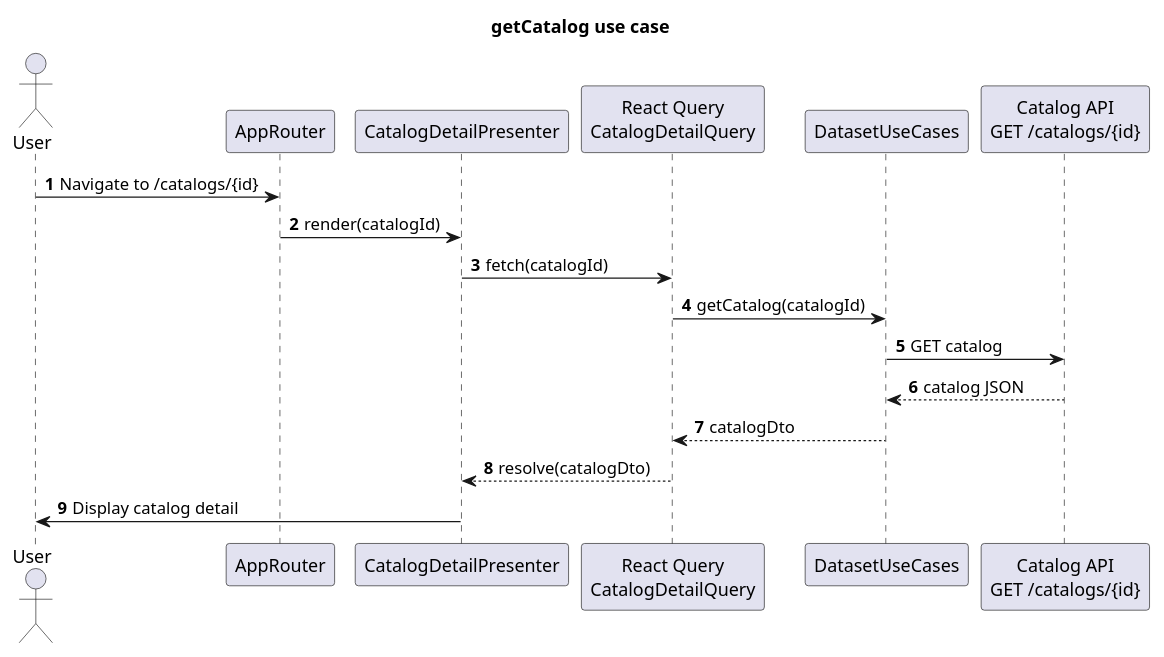
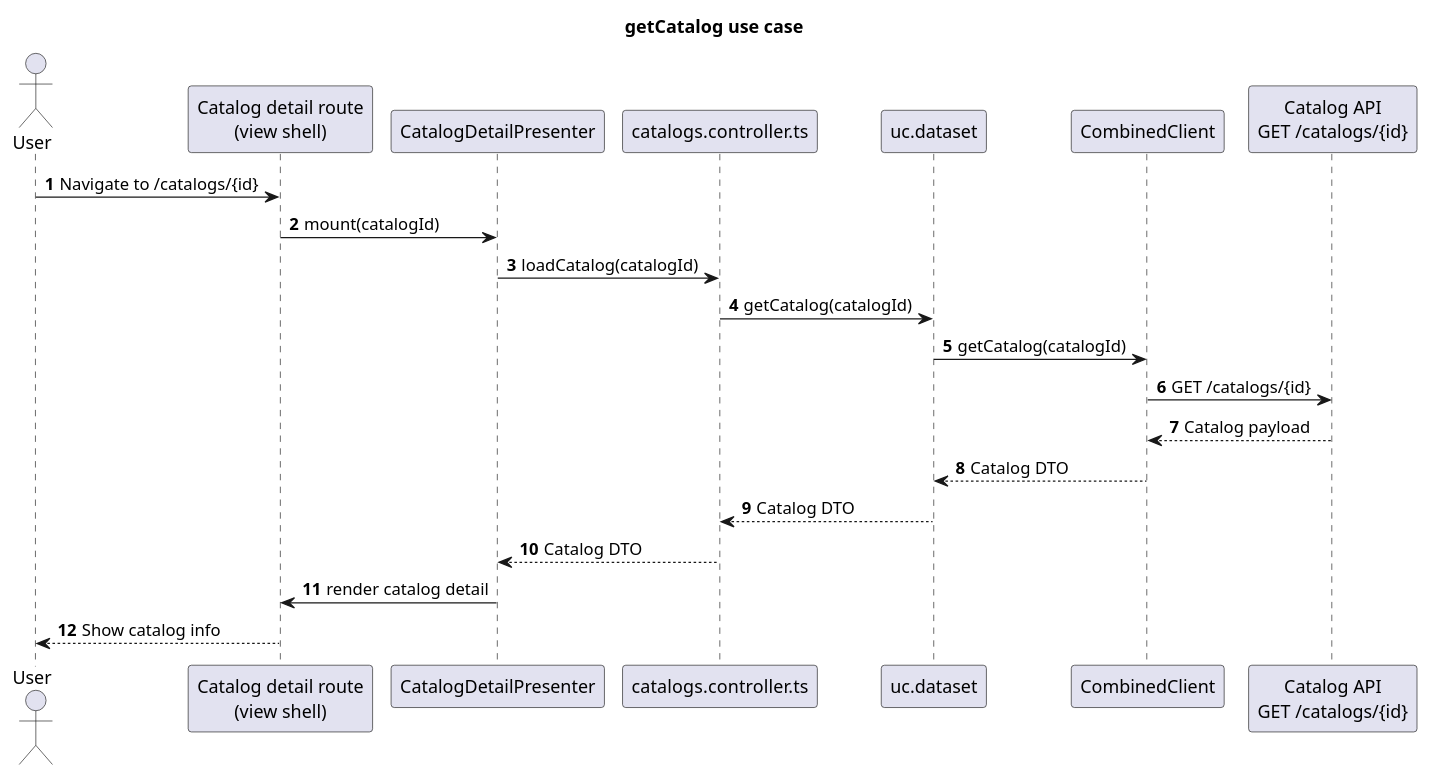
Before and after one commit to POP2025-EEPW/doorce-frontend: the diagram in diagrams/sequence/getCatalog.puml, drawn with PlantUML. The commit also changed 7 other files, not shown here.

Commit message:
Fix on diagrams

```diff
--- a/diagrams/sequence/getCatalog.puml
+++ b/diagrams/sequence/getCatalog.puml
@@ -1,23 +1,27 @@
 @startuml
 title getCatalog use case
 autonumber
 
 actor User
 
-participant "AppRouter" as Router
-participant "CatalogDetailPresenter" as CatalogPresenter
-participant "React Query\nCatalogDetailQuery" as CatalogQuery
-participant "DatasetUseCases" as DatasetUC
-participant "Catalog API\nGET /catalogs/{id}" as CatalogApi
+participant "Catalog detail route\n(view shell)" as View
+participant "CatalogDetailPresenter" as Presenter
+participant "catalogs.controller.ts" as Controller
+participant "uc.dataset" as UseCase
+participant "CombinedClient" as Client
+participant "Catalog API\nGET /catalogs/{id}" as Http
 
-User -> Router : Navigate to /catalogs/{id}
-Router -> CatalogPresenter : render(catalogId)
-CatalogPresenter -> CatalogQuery : fetch(catalogId)
-CatalogQuery -> DatasetUC : getCatalog(catalogId)
-DatasetUC -> CatalogApi : GET catalog
-CatalogApi --> DatasetUC : catalog JSON
-DatasetUC --> CatalogQuery : catalogDto
-CatalogQuery --> CatalogPresenter : resolve(catalogDto)
-CatalogPresenter -> User : Display catalog detail
+User -> View : Navigate to /catalogs/{id}
+View -> Presenter : mount(catalogId)
+Presenter -> Controller : loadCatalog(catalogId)
+Controller -> UseCase : getCatalog(catalogId)
+UseCase -> Client : getCatalog(catalogId)
+Client -> Http : GET /catalogs/{id}
+Http --> Client : Catalog payload
+Client --> UseCase : Catalog DTO
+UseCase --> Controller : Catalog DTO
+Controller --> Presenter : Catalog DTO
+Presenter -> View : render catalog detail
+View --> User : Show catalog info
 
 @enduml
```
